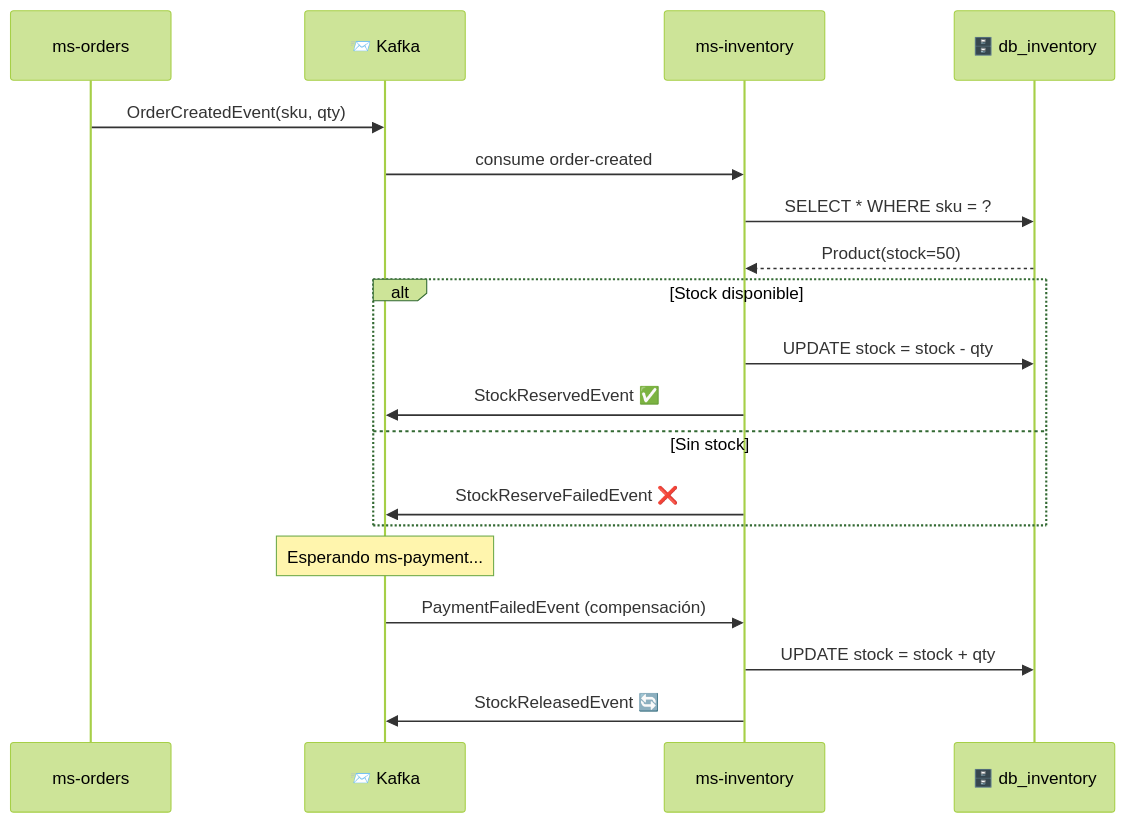
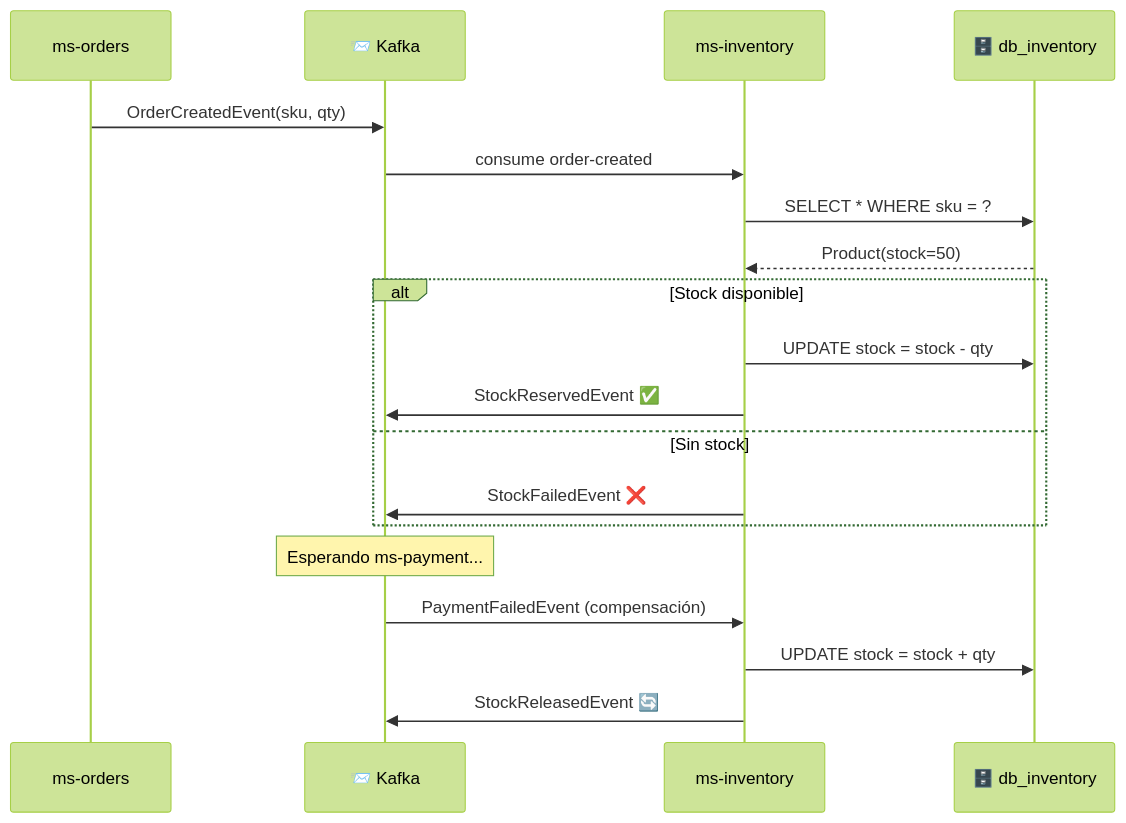
One commit to ManuLasker/enyoi_java_slides changed the second of 2 diagrams in lab_2_arka_microservicios_reactivos/docs/modulos/07-ms-inventory-implementacion.md. Above: the diagram before and after it, drawn with Mermaid (forest theme). The commit also changed other lines of this file and 2 other files, not shown here.

````diff
--- a/lab_2_arka_microservicios_reactivos/docs/modulos/07-ms-inventory-implementacion.md
+++ b/lab_2_arka_microservicios_reactivos/docs/modulos/07-ms-inventory-implementacion.md
@@ -824,25 +774,25 @@
 ```mermaid
 sequenceDiagram
     participant O as ms-orders
     participant K as 📨 Kafka
     participant I as ms-inventory
     participant DB as 🗄️ db_inventory
 
     O->>K: OrderCreatedEvent(sku, qty)
     K->>I: consume order-created
     I->>DB: SELECT * WHERE sku = ?
     DB-->>I: Product(stock=50)
     
     alt Stock disponible
         I->>DB: UPDATE stock = stock - qty
         I->>K: StockReservedEvent ✅
     else Sin stock
-        I->>K: StockReserveFailedEvent ❌
+        I->>K: StockFailedEvent ❌
     end
 
     Note over K: Esperando ms-payment...
 
     K->>I: PaymentFailedEvent (compensación)
     I->>DB: UPDATE stock = stock + qty
     I->>K: StockReleasedEvent 🔄
 ```
````
